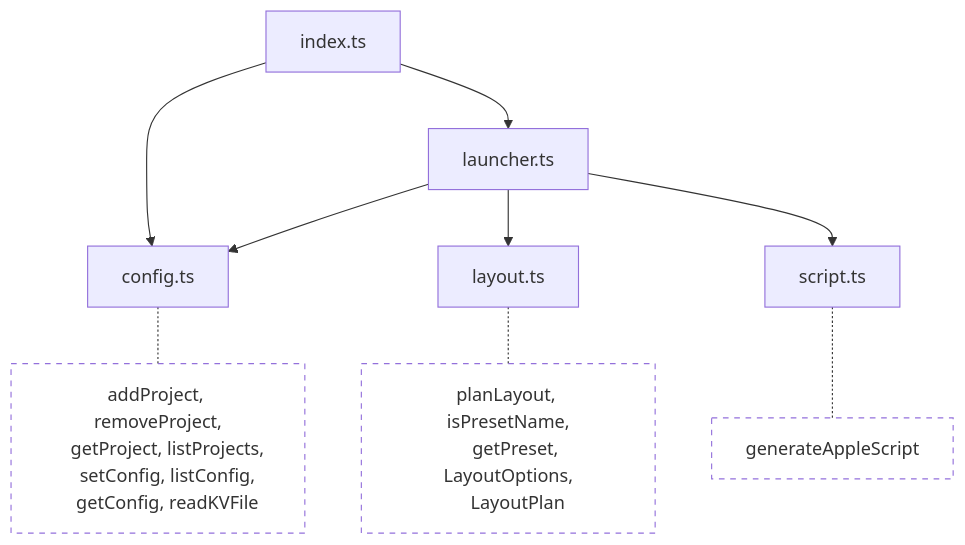
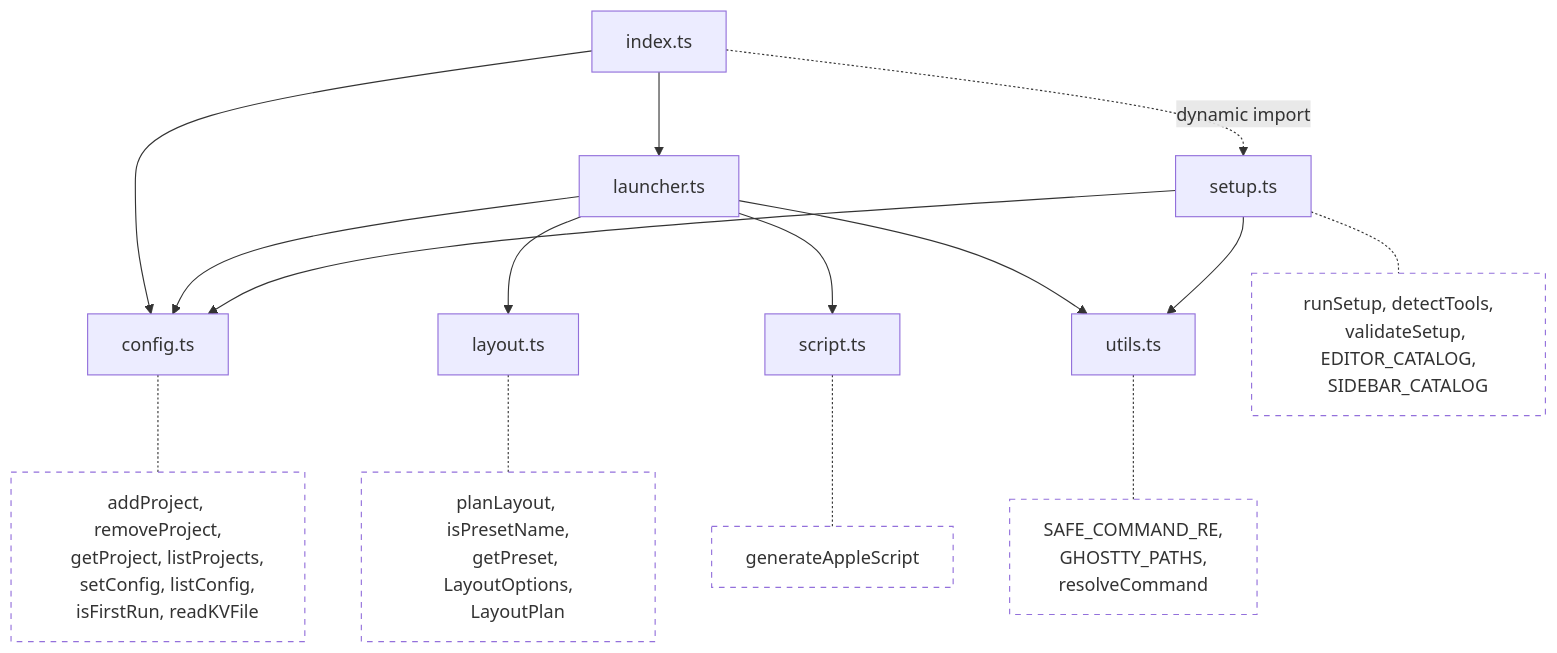
The first of 4 diagrams in docs/architecture.md (juan294/summon), drawn with Mermaid before and after one commit. The commit also changed other lines of this file and 4 other files, not shown here.

````diff
--- a/docs/architecture.md
+++ b/docs/architecture.md
@@ -19,21 +22,33 @@
 ```mermaid
 graph TD
     index[index.ts] --> config[config.ts]
     index --> launcher[launcher.ts]
+    index -.->|dynamic import| setup[setup.ts]
     launcher --> config
     launcher --> layout[layout.ts]
     launcher --> script[script.ts]
+    launcher --> utils[utils.ts]
+    setup --> config
+    setup --> utils
 
     config -.- cfg_fns["addProject, removeProject,
     getProject, listProjects,
     setConfig, listConfig,
-    getConfig, readKVFile"]
+    isFirstRun, readKVFile"]
     layout -.- lay_fns["planLayout, isPresetName,
     getPreset, LayoutOptions,
     LayoutPlan"]
     script -.- scr_fns["generateAppleScript"]
+    utils -.- util_fns["SAFE_COMMAND_RE,
+    GHOSTTY_PATHS,
+    resolveCommand"]
+    setup -.- setup_fns["runSetup, detectTools,
+    validateSetup, EDITOR_CATALOG,
+    SIDEBAR_CATALOG"]
 
     style cfg_fns fill:none,stroke-dasharray:5
     style lay_fns fill:none,stroke-dasharray:5
     style scr_fns fill:none,stroke-dasharray:5
+    style util_fns fill:none,stroke-dasharray:5
+    style setup_fns fill:none,stroke-dasharray:5
 ```
````
